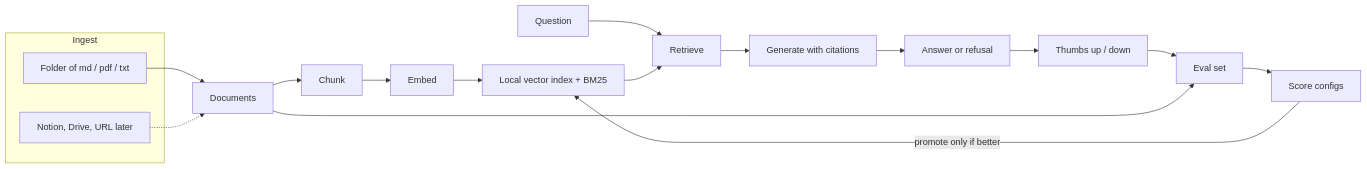
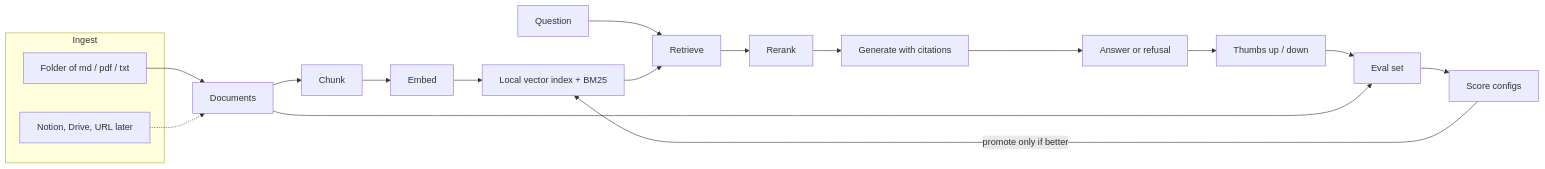
Before and after one commit to The-Software-Garchitect/autorag: the diagram in README.md, drawn with Mermaid. The commit also changed other lines of this file and 32 other files, not shown here.

````diff
--- a/README.md
+++ b/README.md
@@ -25,21 +23,22 @@
 ```mermaid
 flowchart LR
   subgraph sources [Ingest]
     Folder[Folder of md / pdf / txt]
     Later[Notion, Drive, URL later]
   end
   Folder --> Docs[Documents]
   Later -.-> Docs
   Docs --> Chunk[Chunk]
   Chunk --> Embed[Embed]
   Embed --> Index[Local vector index + BM25]
   Question[Question] --> Retrieve[Retrieve]
   Index --> Retrieve
-  Retrieve --> Generate[Generate with citations]
+  Retrieve --> Rerank[Rerank]
+  Rerank --> Generate[Generate with citations]
   Generate --> Answer[Answer or refusal]
   Answer --> Feedback[Thumbs up / down]
   Feedback --> Eval[Eval set]
   Docs --> Eval
   Eval --> Tune[Score configs]
   Tune -->|promote only if better| Index
 ```
````
